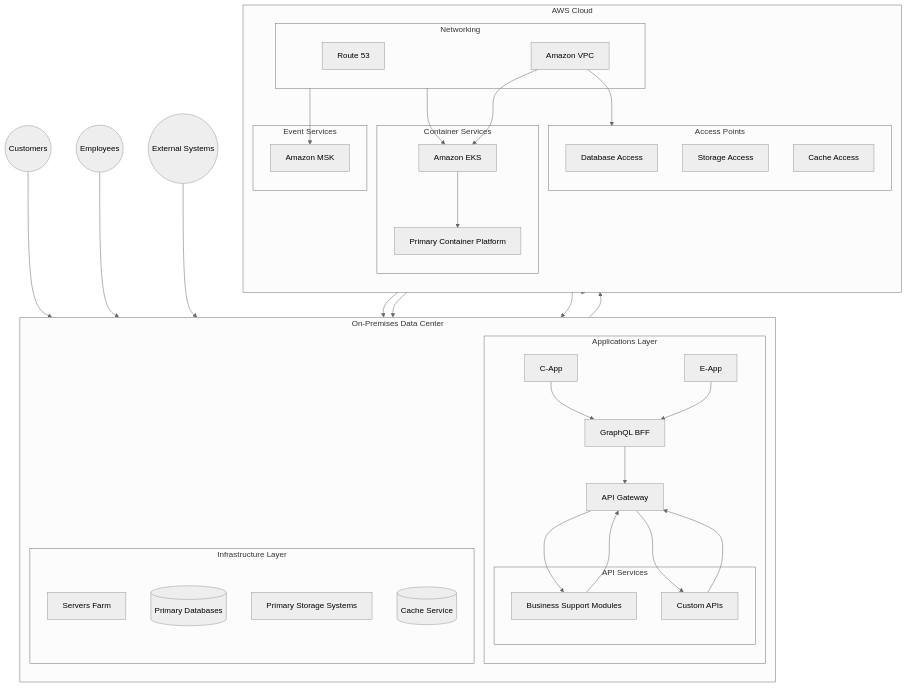
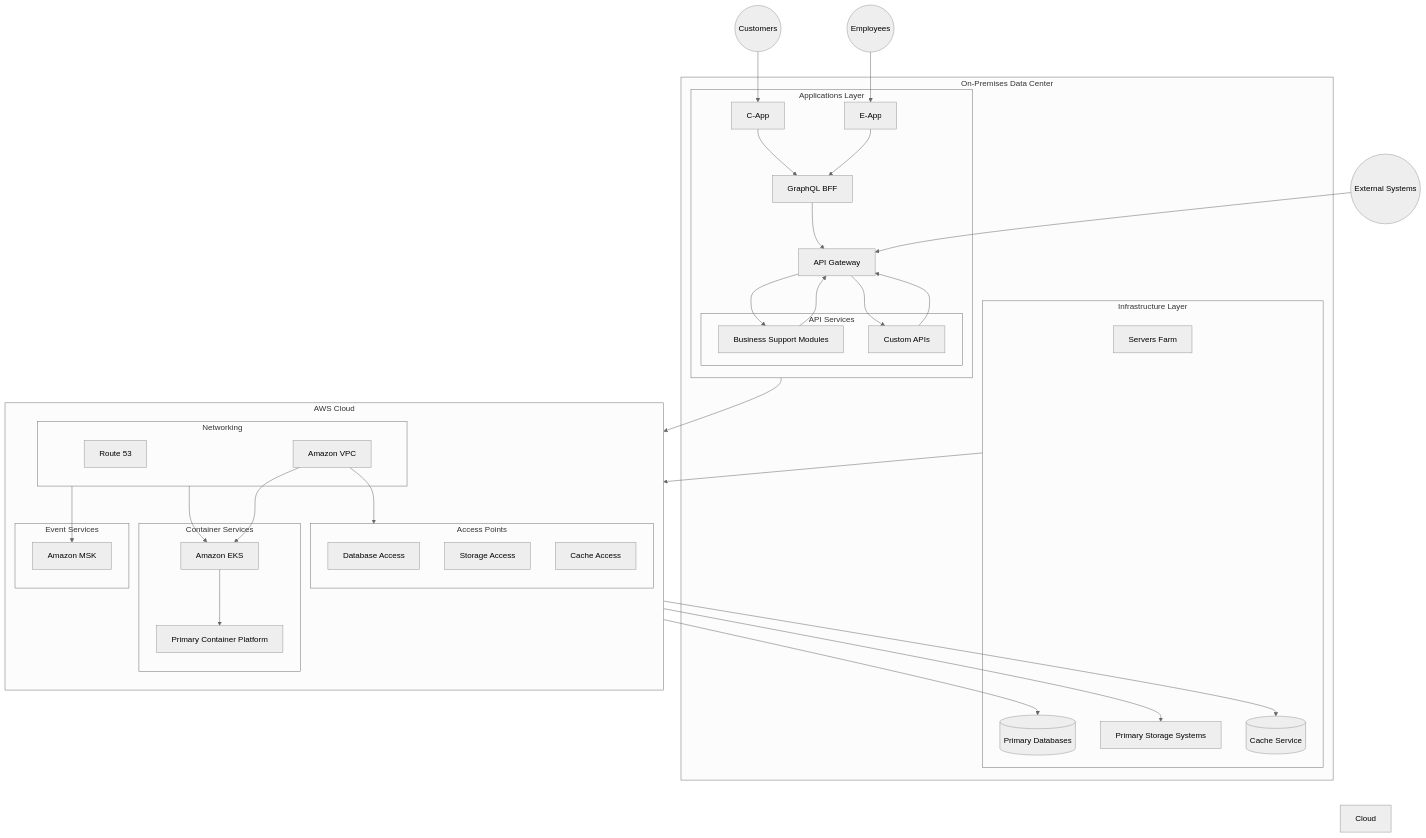
The diagram in AWS-HybridCloud.md (henryrestive/infra-docs), drawn with Mermaid (neutral theme) before and after one commit. The commit also changed 2 other files, not shown here.

Commit message:
Enchance the visual view

````diff
--- a/AWS-HybridCloud.md
+++ b/AWS-HybridCloud.md
@@ -8,7 +8,9 @@
 ```mermaid
-graph TB
+graph TD
+    %% Define main layout direction
+    direction TB
+    
     subgraph OnPrem[On-Premises Data Center]
-        direction TB
         subgraph Apps[Applications Layer]
             CApp[C-App]
             EApp[E-App]
@@ -27,6 +29,16 @@
             CacheService[(Cache Service)]
         end
     end
+
+    %% Blank space for separation
+    Space1[" "]:::hidden
+    Space2[" "]:::hidden
+    OnPrem --- Space1
+    Space1 --- Space2
+    Space2 --- Cloud
+    linkStyle 0 opacity:0
+    linkStyle 1 opacity:0
+    linkStyle 2 opacity:0
 
     subgraph AWS[AWS Cloud]
         direction TB
@@ -75,4 +87,6 @@
     DBAccess --> PrimaryDB
     StorageAccess --> PrimaryStorage
     CacheAccess --> CacheService
+
+    classDef hidden opacity:0
 ```
````
